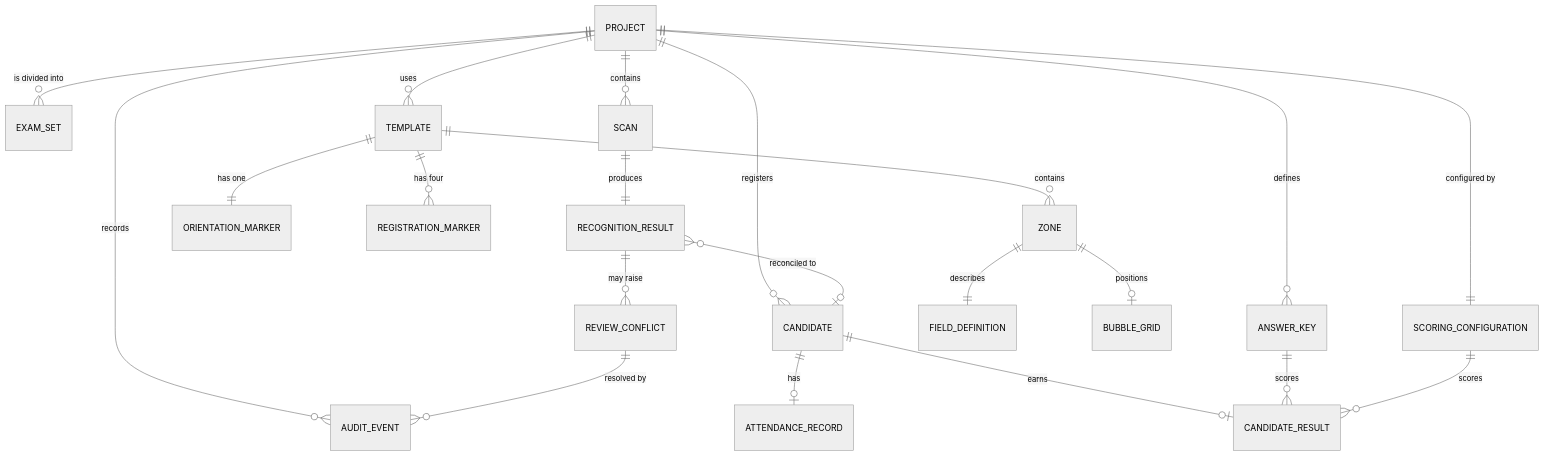
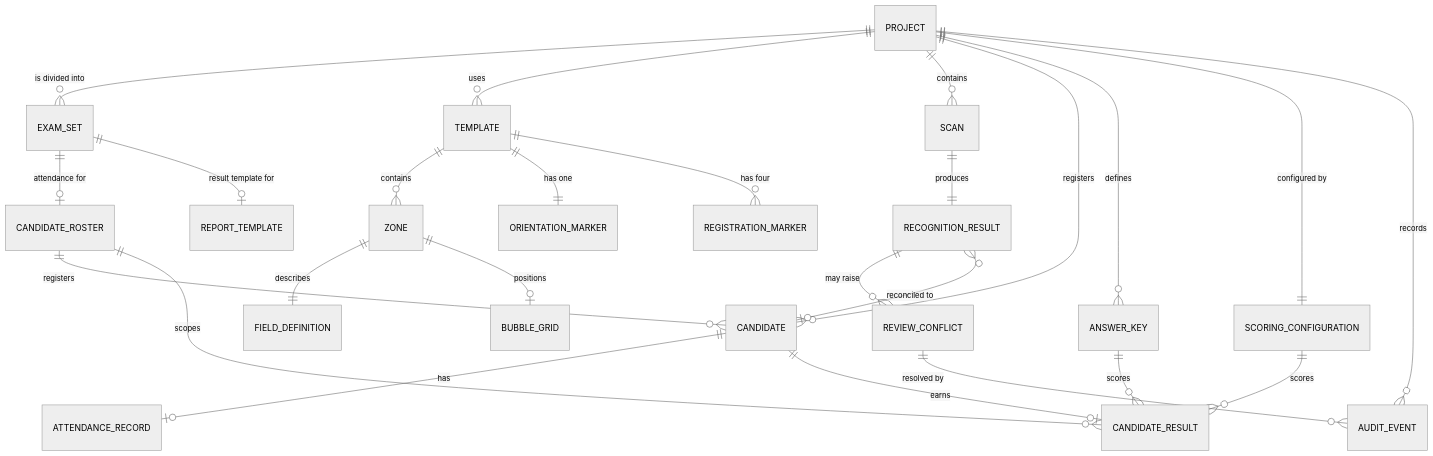
The diagram in docs/DATA_MODEL.md (sajidbuet/OMRFlow), drawn with Mermaid (neutral theme) before and after one commit. The commit also changed other lines of this file and 26 other files, not shown here.

Commit message:
Part 2 — Set-specific Attendance + template-based Results

````diff
--- a/docs/DATA_MODEL.md
+++ b/docs/DATA_MODEL.md
@@ -46,26 +48,30 @@
 ```mermaid
 erDiagram
     PROJECT ||--o{ EXAM_SET : "is divided into"
+    EXAM_SET ||--o| CANDIDATE_ROSTER : "attendance for"
+    EXAM_SET ||--o| REPORT_TEMPLATE : "result template for"
+    CANDIDATE_ROSTER ||--o{ CANDIDATE : "registers"
+    CANDIDATE_ROSTER ||--o{ CANDIDATE_RESULT : "scopes"
     PROJECT ||--o{ TEMPLATE : "uses"
     PROJECT ||--o{ SCAN : "contains"
     PROJECT ||--o{ CANDIDATE : "registers"
     PROJECT ||--o{ ANSWER_KEY : "defines"
     PROJECT ||--|| SCORING_CONFIGURATION : "configured by"
     PROJECT ||--o{ AUDIT_EVENT : "records"
 
     TEMPLATE ||--o{ ZONE : "contains"
     TEMPLATE ||--|| ORIENTATION_MARKER : "has one"
     TEMPLATE ||--o{ REGISTRATION_MARKER : "has four"
     ZONE ||--|| FIELD_DEFINITION : "describes"
     ZONE ||--o| BUBBLE_GRID : "positions"
 
     SCAN ||--|| RECOGNITION_RESULT : "produces"
     RECOGNITION_RESULT ||--o{ REVIEW_CONFLICT : "may raise"
     REVIEW_CONFLICT ||--o{ AUDIT_EVENT : "resolved by"
 
     CANDIDATE ||--o| ATTENDANCE_RECORD : "has"
     CANDIDATE ||--o| CANDIDATE_RESULT : "earns"
     RECOGNITION_RESULT }o--o| CANDIDATE : "reconciled to"
     ANSWER_KEY ||--o{ CANDIDATE_RESULT : "scores"
     SCORING_CONFIGURATION ||--o{ CANDIDATE_RESULT : "scores"
 ```
````
